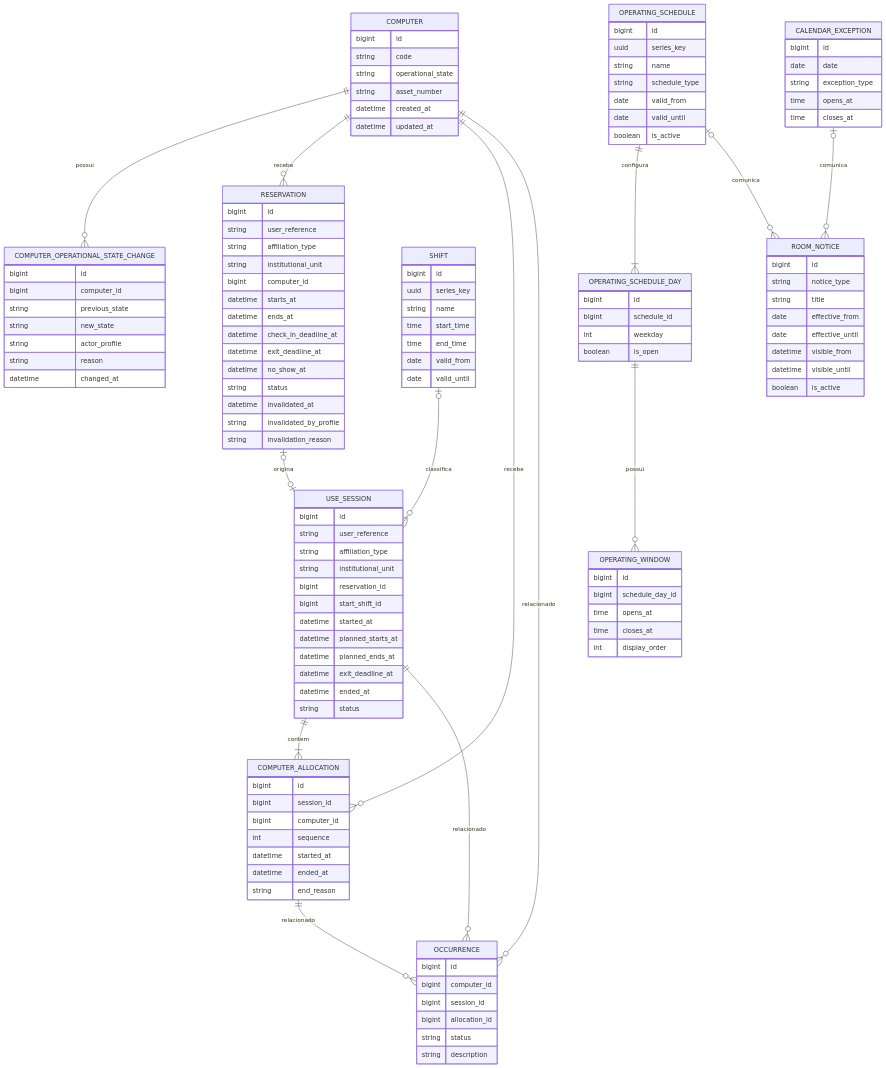
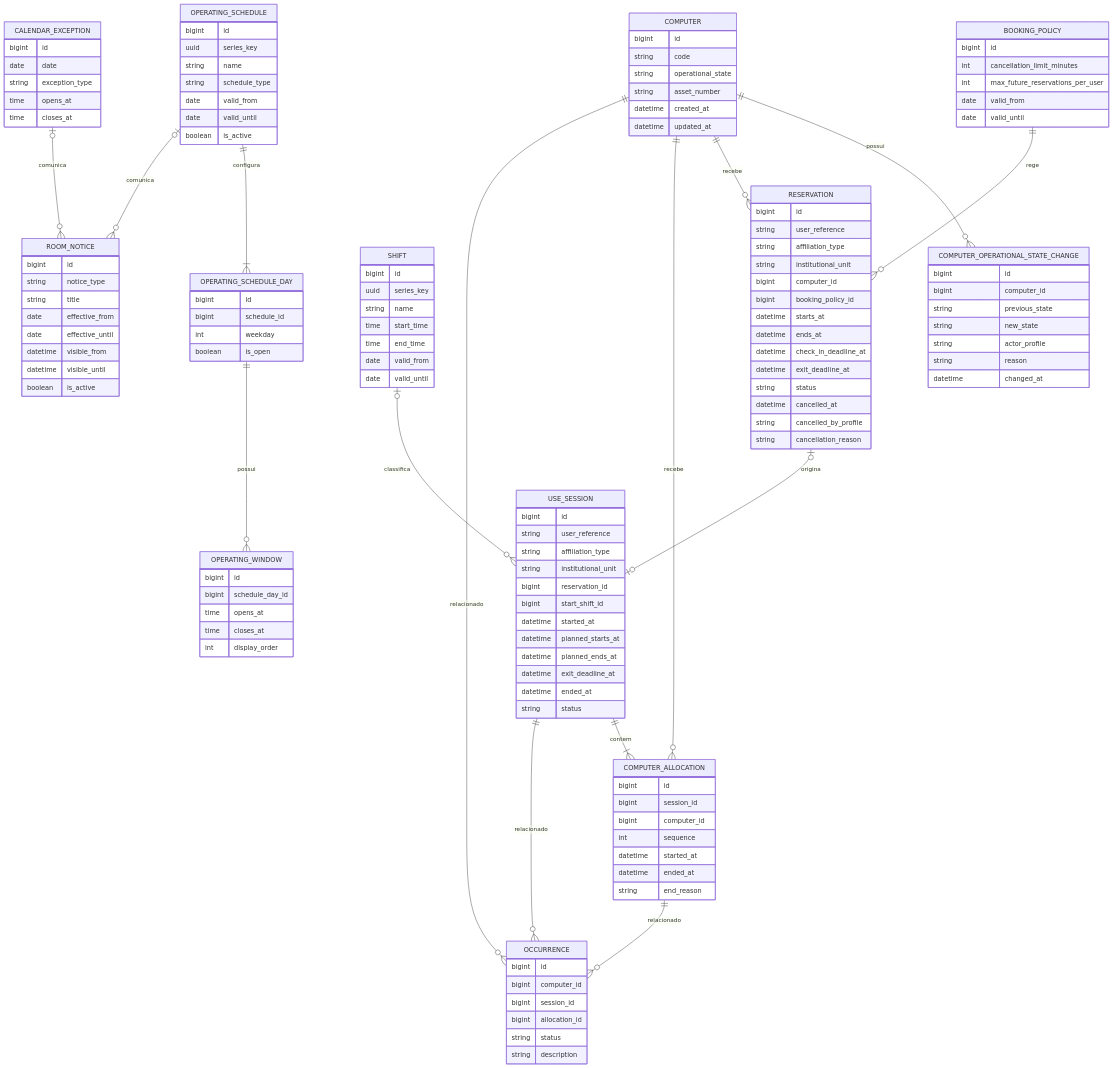
One commit to MarcosVini753/estagio changed the diagram in docs/architecture/diagrams/erd.md. Above: the diagram before and after it, drawn with Mermaid. The commit also changed other lines of this file and 22 other files, not shown here.

```diff
--- a/docs/architecture/diagrams/erd.md
+++ b/docs/architecture/diagrams/erd.md
@@ -6,6 +6,7 @@
     COMPUTER ||--o{ RESERVATION : recebe
     COMPUTER ||--o{ COMPUTER_ALLOCATION : recebe
     COMPUTER ||--o{ OCCURRENCE : relacionado
+    BOOKING_POLICY ||--o{ RESERVATION : rege
     RESERVATION o|--o| USE_SESSION : origina
     USE_SESSION ||--|{ COMPUTER_ALLOCATION : contem
     USE_SESSION ||--o{ OCCURRENCE : relacionado
@@ -41,15 +42,15 @@
         string affiliation_type
         string institutional_unit
         bigint computer_id
+        bigint booking_policy_id
         datetime starts_at
         datetime ends_at
         datetime check_in_deadline_at
         datetime exit_deadline_at
-        datetime no_show_at
         string status
-        datetime invalidated_at
-        string invalidated_by_profile
-        string invalidation_reason
+        datetime cancelled_at
+        string cancelled_by_profile
+        string cancellation_reason
     }
 
     USE_SESSION {
@@ -129,6 +130,14 @@
         time closes_at
     }
 
+    BOOKING_POLICY {
+        bigint id
+        int cancellation_limit_minutes
+        int max_future_reservations_per_user
+        date valid_from
+        date valid_until
+    }
+
     ROOM_NOTICE {
         bigint id
         string notice_type
```
